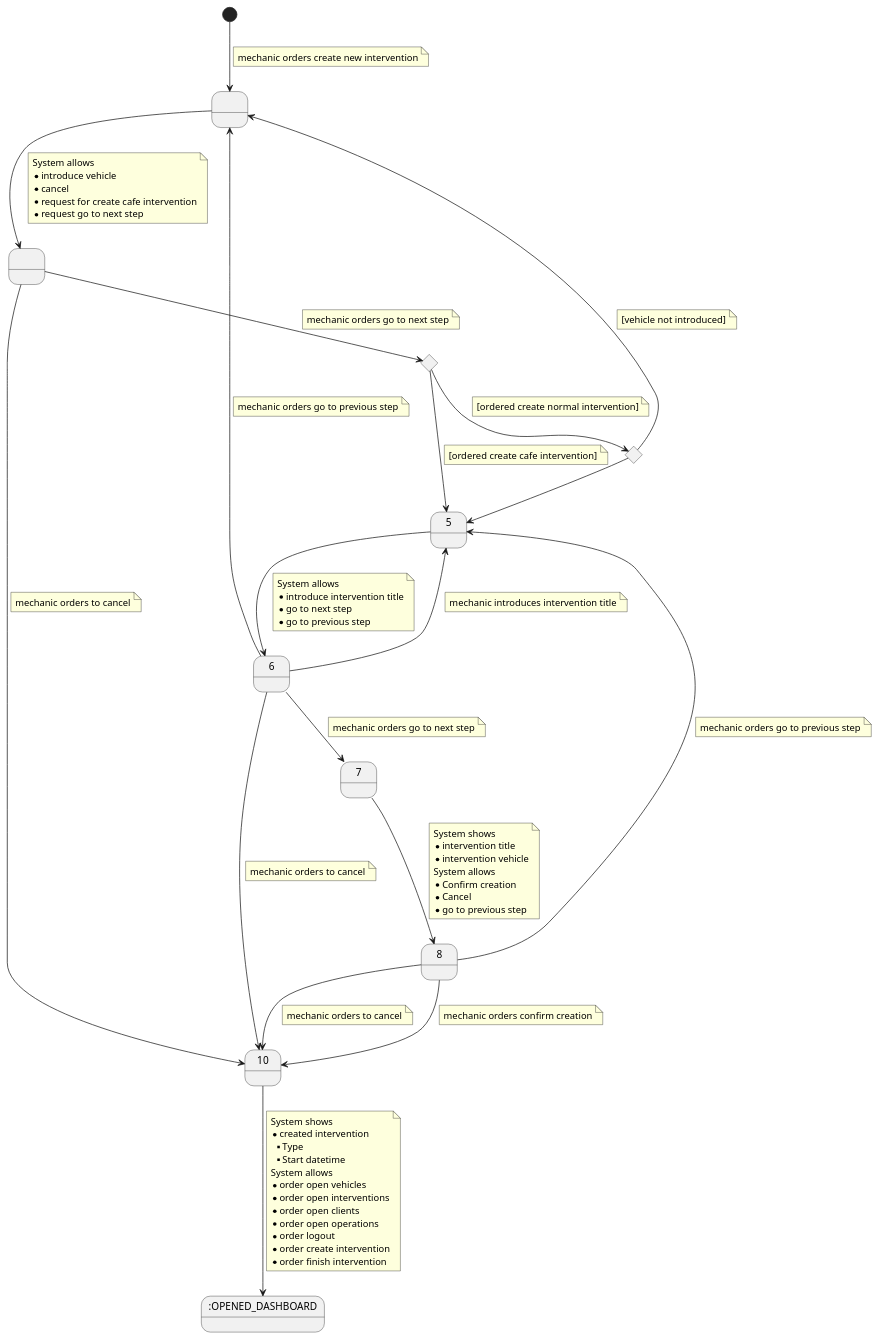
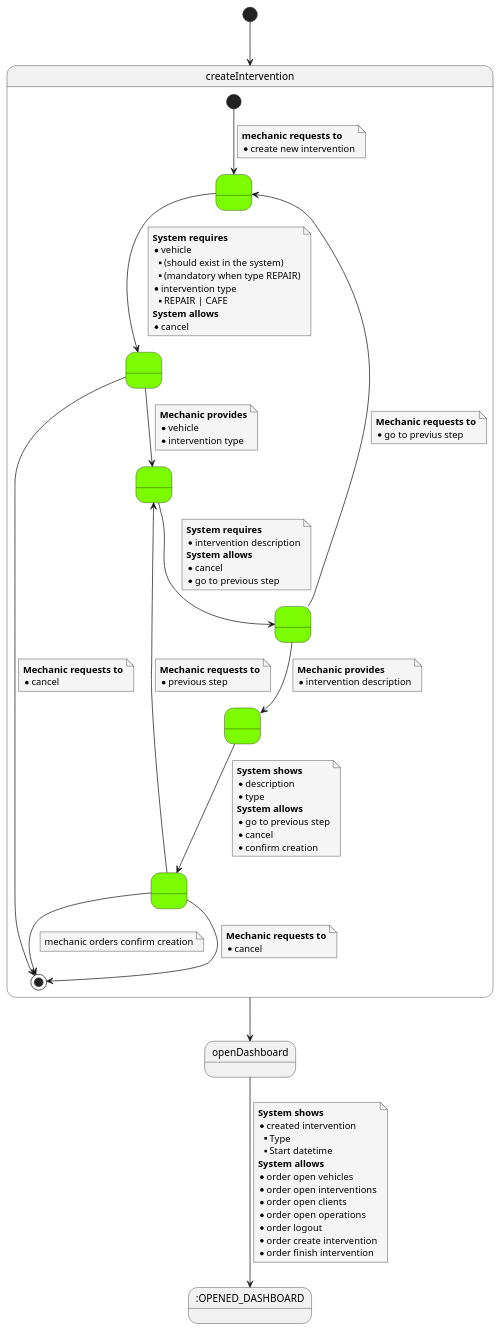
Before and after one commit to Ruskab/agrimManager: the diagram in documentation/1requiremets/usecases_specification/puml/createIntervention.puml, drawn with PlantUML. The commit also changed 3 other files, not shown here.

```diff
--- a/documentation/1requiremets/usecases_specification/puml/createIntervention.puml
+++ b/documentation/1requiremets/usecases_specification/puml/createIntervention.puml
@@ -1,119 +1,118 @@
 @startuml
+skinparam {
+    NoteBackgroundColor #whiteSmoke
+}
 
-state 1 as " "
-state 2 as " "
-state 9 as ":OPENED_DASHBOARD"
-state 4 <<choice>>
-state 3 <<choice>>
+
+state OPENED_DASHBOARD as ":OPENED_DASHBOARD"
+
+[*] --> createIntervention
+
+state createIntervention {
+state 1 as " " #LawnGreen
+state 2 as " " #LawnGreen
+state 4 as " " #LawnGreen
+state 5 as " " #LawnGreen
+state 6 as " " #LawnGreen
+state 7 as " " #LawnGreen
 
 [*] --> 1
 note on link
-    mechanic orders create new intervention
+    <b>mechanic requests to</b>
+    * create new intervention
 end note
 
 1 --> 2
 note on link
-System allows
-* introduce vehicle
+<b>System requires</b>
+* vehicle
+** (should exist in the system)
+** (mandatory when type REPAIR)
+* intervention type
+** REPAIR | CAFE
+<b>System allows</b>
 * cancel
-* request for create cafe intervention
-* request go to next step
+end note
+
+2 --> [*]
+note on link
+<b>Mechanic requests to</b>
+* cancel
 end note
 
 2 --> 4
 note on link
-mechanic orders go to next step
+<b>Mechanic provides</b>
+* vehicle
+* intervention type
 end note
-
-2 --> 10
-note on link
-mechanic orders to cancel
-end note
-
-3 --> 1
-note on link
-[vehicle not introduced]
-end note
-
-4 --> 3
-note on link
-[ordered create normal intervention]
-end note
-
-3 --> 5
 
 4 --> 5
 note on link
-[ordered create cafe intervention]
+<b>System requires</b>
+* intervention description
+<b>System allows</b>
+* cancel
+* go to previous step
+end note
+
+5 --> 1
+note on link
+<b>Mechanic requests to</b>
+* go to previus step
 end note
 
 5 --> 6
 note on link
-System allows
-* introduce intervention title
-* go to next step
-* go to previous step
-end note
-
-6 --> 5
-note on link
-mechanic introduces intervention title
+<b>Mechanic provides</b>
+* intervention description
 end note
 
 6 --> 7
 note on link
-mechanic orders go to next step
+<b>System shows</b>
+* description
+* type
+<b>System allows</b>
+* go to previous step
+* cancel
+* confirm creation
 end note
 
-6 --> 10
+7 --> [*]
 note on link
-mechanic orders to cancel
+<b>Mechanic requests to</b>
+* cancel
 end note
 
-6 --> 1
+7 --> 4
 note on link
-mechanic orders go to previous step
+<b>Mechanic requests to</b>
+* previous step
 end note
 
-7 --> 8
-note on link
-System shows
-* intervention title
-* intervention vehicle
-System allows
-* Confirm creation
-* Cancel
-* go to previous step
-end note
-
-8 --> 10
+7 --> [*]
 note on link
 mechanic orders confirm creation
 end note
 
-8 --> 10
+}
+
+createIntervention --> openDashboard
+
+openDashboard --> OPENED_DASHBOARD
 note on link
-mechanic orders to cancel
-end note
-
-8 --> 5
-note on link
-mechanic orders go to previous step
-end note
-
-10 --> 9
-note on link
-    System shows
+    <b>System shows</b>
     * created intervention
     **Type
     **Start datetime
-    System allows
+    <b>System allows</b>
     * order open vehicles
     * order open interventions
     * order open clients
     * order open operations
     * order logout
     * order create intervention
     * order finish intervention
 end note
 @enduml
```
